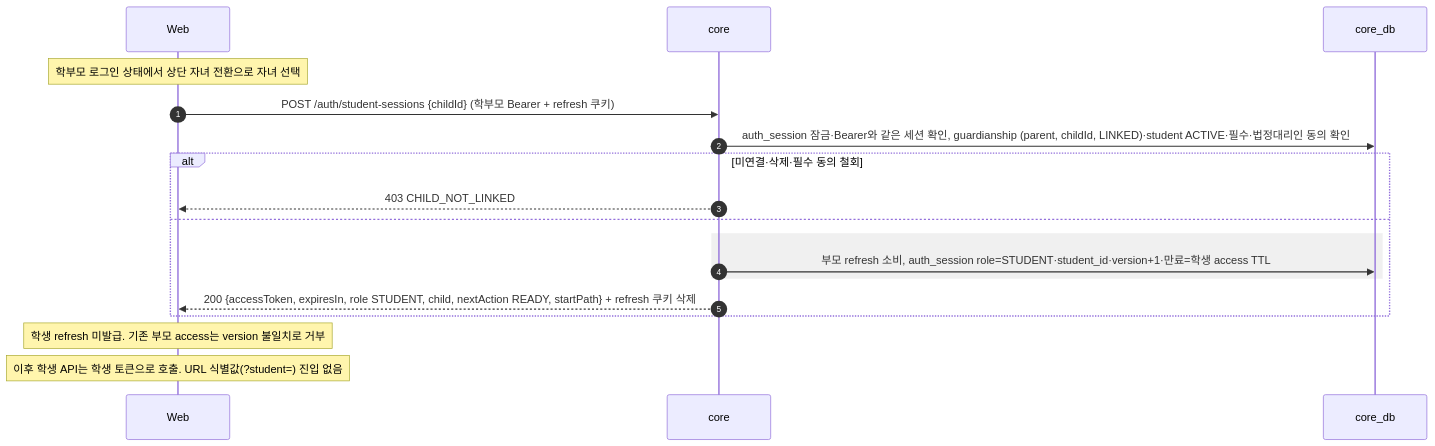
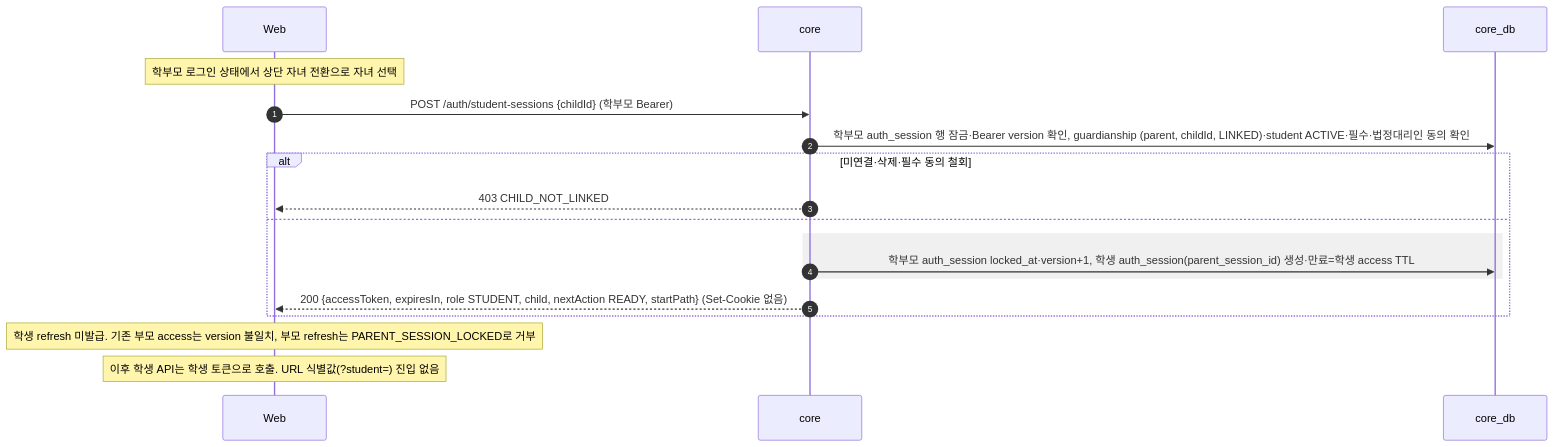
One commit to SKNETWORKS-FAMILY-AICAMP/SKN34-FINAL-3TEAM changed the fourth of 23 diagrams in docs/design/sequence-diagram.md. Above: the diagram before and after it, drawn with Mermaid. The commit also changed other lines of this file and 50 other files, not shown here.

````diff
--- a/docs/design/sequence-diagram.md
+++ b/docs/design/sequence-diagram.md
@@ -134,21 +134,21 @@
 ```mermaid
 sequenceDiagram
   autonumber
   participant W as Web
   participant C as core
   participant DB as core_db
 
   Note over W: 학부모 로그인 상태에서 상단 자녀 전환으로 자녀 선택
-  W->>C: POST /auth/student-sessions {childId} (학부모 Bearer + refresh 쿠키)
-  C->>DB: auth_session 잠금·Bearer와 같은 세션 확인, guardianship (parent, childId, LINKED)·student ACTIVE·필수·법정대리인 동의 확인
+  W->>C: POST /auth/student-sessions {childId} (학부모 Bearer)
+  C->>DB: 학부모 auth_session 행 잠금·Bearer version 확인, guardianship (parent, childId, LINKED)·student ACTIVE·필수·법정대리인 동의 확인
   alt 미연결·삭제·필수 동의 철회
     C-->>W: 403 CHILD_NOT_LINKED
   else
     rect rgba(128,128,128,0.12)
-      C->>DB: 부모 refresh 소비, auth_session role=STUDENT·student_id·version+1·만료=학생 access TTL
+      C->>DB: 학부모 auth_session locked_at·version+1, 학생 auth_session(parent_session_id) 생성·만료=학생 access TTL
     end
-    C-->>W: 200 {accessToken, expiresIn, role STUDENT, child, nextAction READY, startPath} + refresh 쿠키 삭제
+    C-->>W: 200 {accessToken, expiresIn, role STUDENT, child, nextAction READY, startPath} (Set-Cookie 없음)
   end
-  Note over W: 학생 refresh 미발급. 기존 부모 access는 version 불일치로 거부
+  Note over W: 학생 refresh 미발급. 기존 부모 access는 version 불일치, 부모 refresh는 PARENT_SESSION_LOCKED로 거부
   Note over W: 이후 학생 API는 학생 토큰으로 호출. URL 식별값(?student=) 진입 없음
 ```
````
